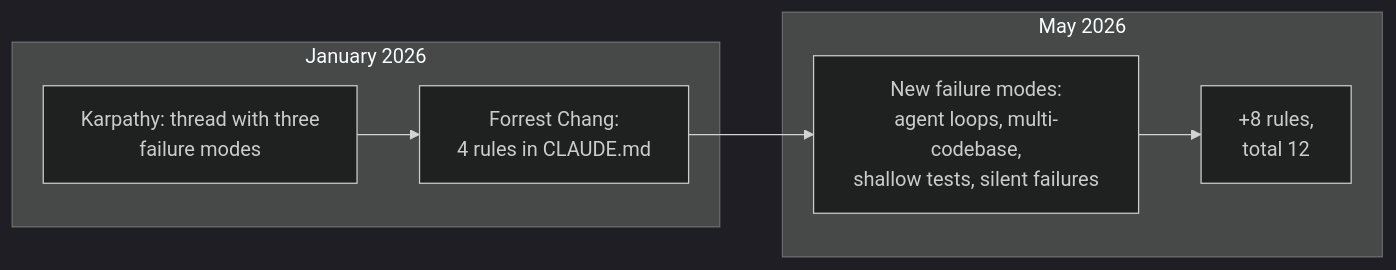
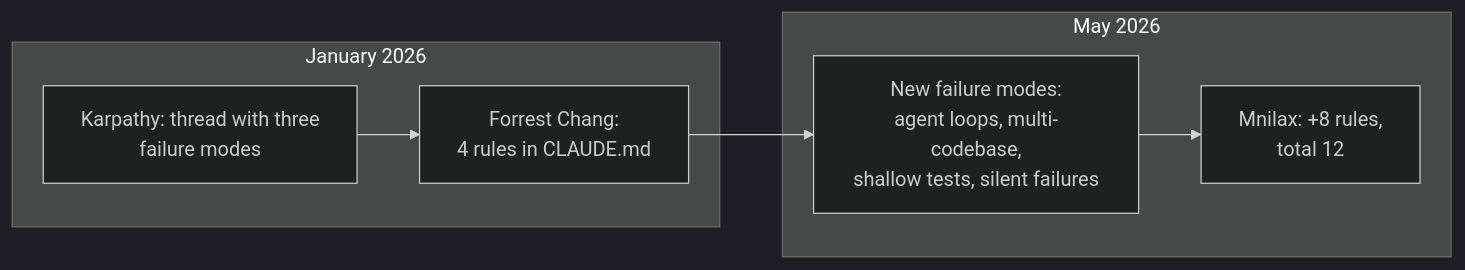
The diagram in src/content/posts/en/claude-md-12-rules.md (node-develop/astro-blog), drawn with Mermaid (dark theme) before and after one commit. The commit also changed other lines of this file and 3 other files, not shown here.

````diff
--- a/src/content/posts/en/claude-md-12-rules.md
+++ b/src/content/posts/en/claude-md-12-rules.md
@@ -77,11 +73,11 @@
 ```mermaid
 flowchart LR
   subgraph jan["January 2026"]
     K["Karpathy: thread with three<br/>failure modes"]
     K --> F["Forrest Chang:<br/>4 rules in CLAUDE.md"]
   end
   subgraph may["May 2026"]
     F --> N["New failure modes:<br/>agent loops, multi-codebase,<br/>shallow tests, silent failures"]
-    N --> M["+8 rules,<br/>total 12"]
+    N --> M["Mnilax: +8 rules,<br/>total 12"]
   end
 ```
````
